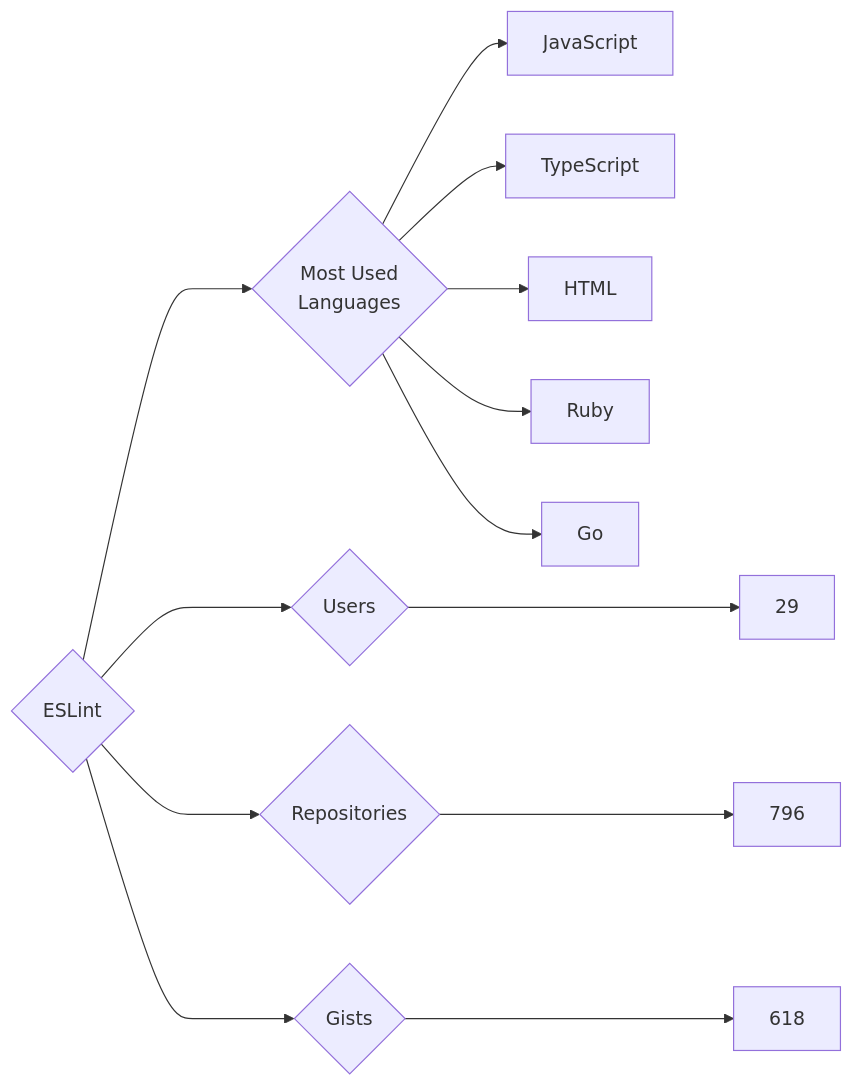
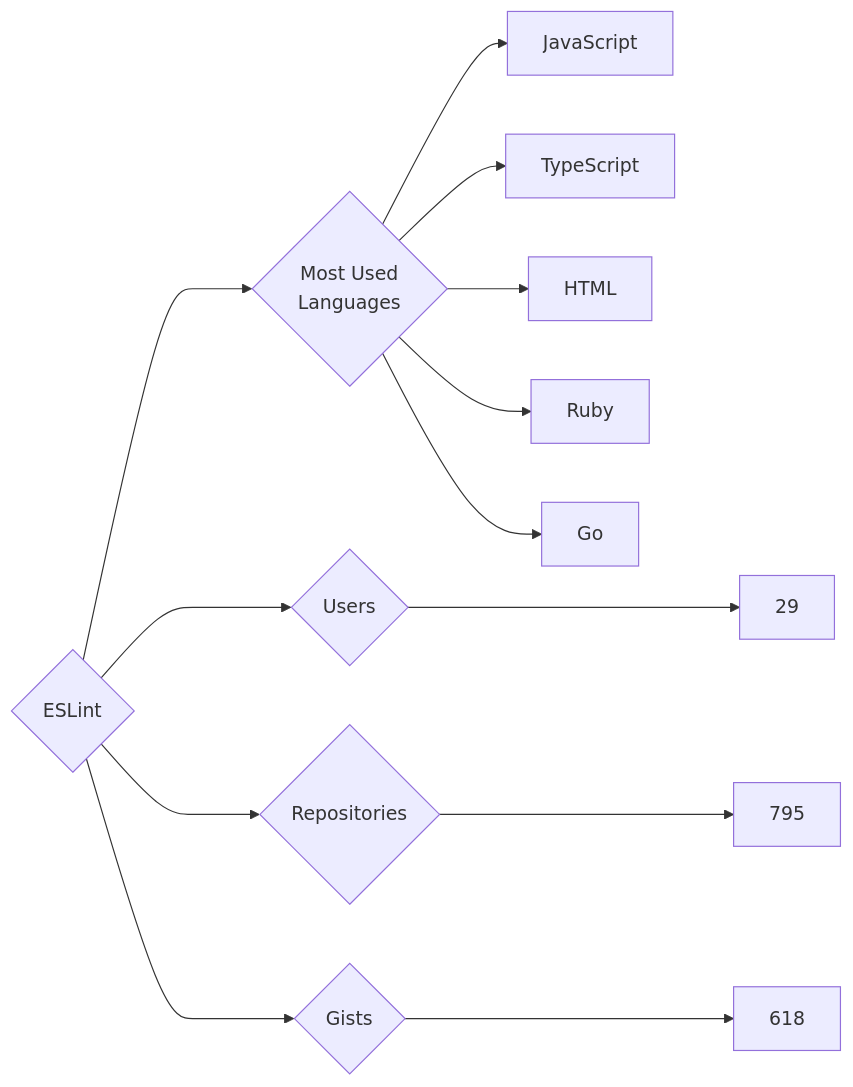
Before and after one commit to trickest/insiders: the diagram in targets/ESLint/README.md, drawn with Mermaid. The commit also changed 882 other files, not shown here.

````diff
--- a/targets/ESLint/README.md
+++ b/targets/ESLint/README.md
@@ -3,13 +3,13 @@
 ```mermaid
 graph LR
 COMPANY_NAME{ESLint}
 COMPANY_NAME ---> U{Users} ---> UN[29]
-COMPANY_NAME ---> R{Repositories} ---> RN[796]
+COMPANY_NAME ---> R{Repositories} ---> RN[795]
 COMPANY_NAME ---> G{Gists} ---> GN[618]
 COMPANY_NAME ---> ML{Most Used<br>Languages}
 ML --> JavaScript[JavaScript]
 ML --> TypeScript[TypeScript]
 ML --> HTML[HTML]
 ML --> Ruby[Ruby]
 ML --> Go[Go]
 ```
````
